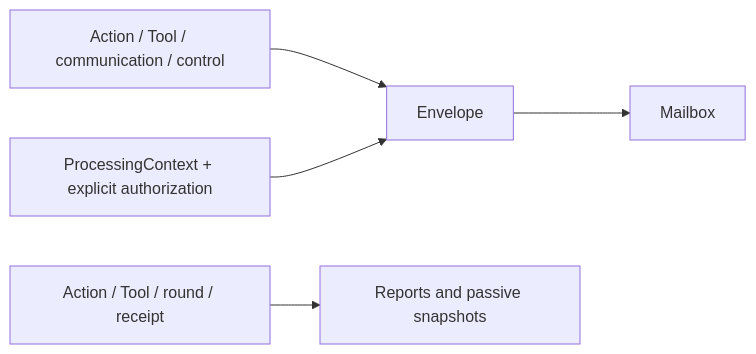
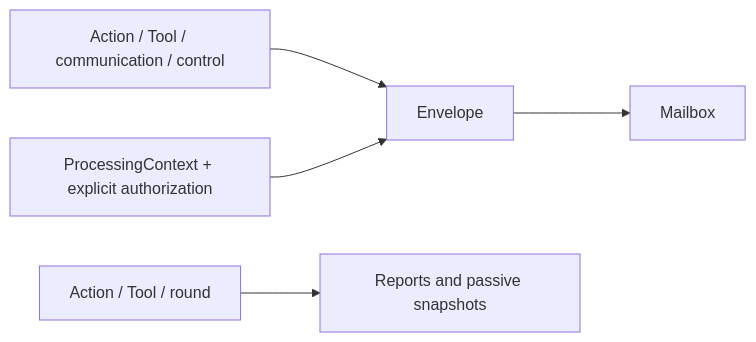
The second of 2 diagrams in MobileHarness/Agents/Support/Core/Output/README.md (devilyouwei/MobileHarness), drawn with Mermaid before and after one commit. The commit also changed other lines of this file and 246 other files, not shown here.

````diff
--- a/MobileHarness/Agents/Support/Core/Output/README.md
+++ b/MobileHarness/Agents/Support/Core/Output/README.md
@@ -28,7 +28,7 @@
 ```mermaid
 flowchart LR
     Calls["Action / Tool / communication / control"] --> Envelope
     Context["ProcessingContext + explicit authorization"] --> Envelope
     Envelope --> Mailbox
-    Results["Action / Tool / round / receipt"] --> Evidence["Reports and passive snapshots"]
+    Results["Action / Tool / round"] --> Evidence["Reports and passive snapshots"]
 ```
````
